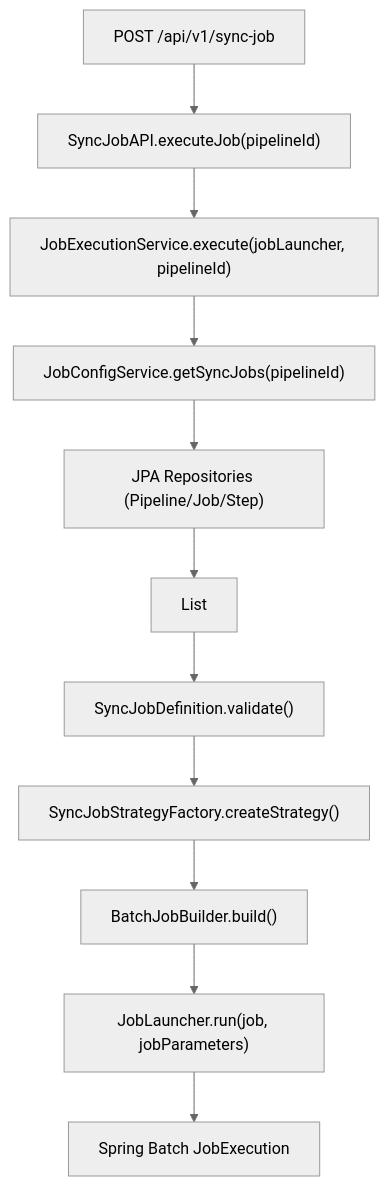
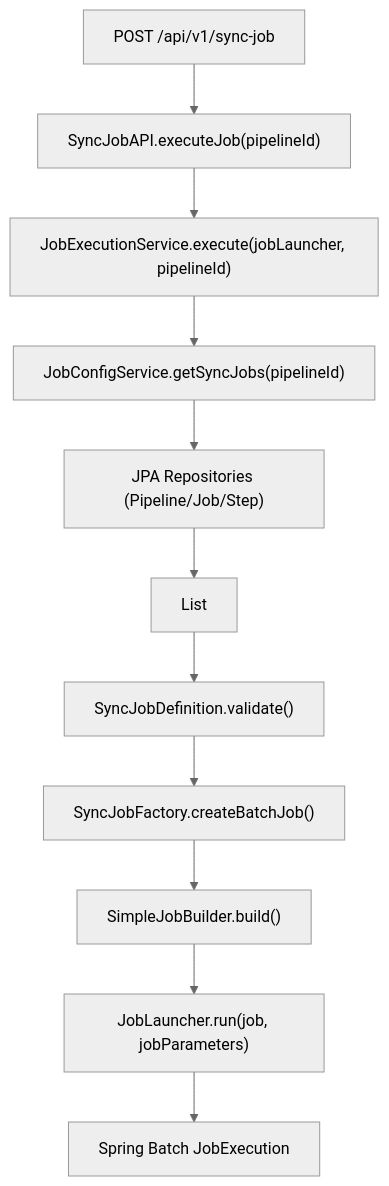
Before and after one commit to tibame201020/IrisPipe: the diagram in backend/docs/architecture/core-flow.md, drawn with Mermaid (neutral theme). The commit also changed other lines of this file and 15 other files, not shown here.

Commit message:
feat: Implement atomicLevel runtime behavior by introducing new step strategies and job factories for sync jobs.

````diff
--- a/backend/docs/architecture/core-flow.md
+++ b/backend/docs/architecture/core-flow.md
@@ -5,13 +5,13 @@
 ```mermaid
 graph TD
     A["POST /api/v1/sync-job"] --> B["SyncJobAPI.executeJob(pipelineId)"]
     B --> C["JobExecutionService.execute(jobLauncher, pipelineId)"]
     C --> D["JobConfigService.getSyncJobs(pipelineId)"]
     D --> E["JPA Repositories (Pipeline/Job/Step)"]
     E --> F["List<SyncJobDefinition>"]
     F --> G["SyncJobDefinition.validate()"]
-    G --> H["SyncJobStrategyFactory.createStrategy()"]
-    H --> I["BatchJobBuilder.build()"]
+    G --> H["SyncJobFactory.createBatchJob()"]
+    H --> I["SimpleJobBuilder.build()"]
     I --> J["JobLauncher.run(job, jobParameters)"]
     J --> K["Spring Batch JobExecution"]
 ```
````
